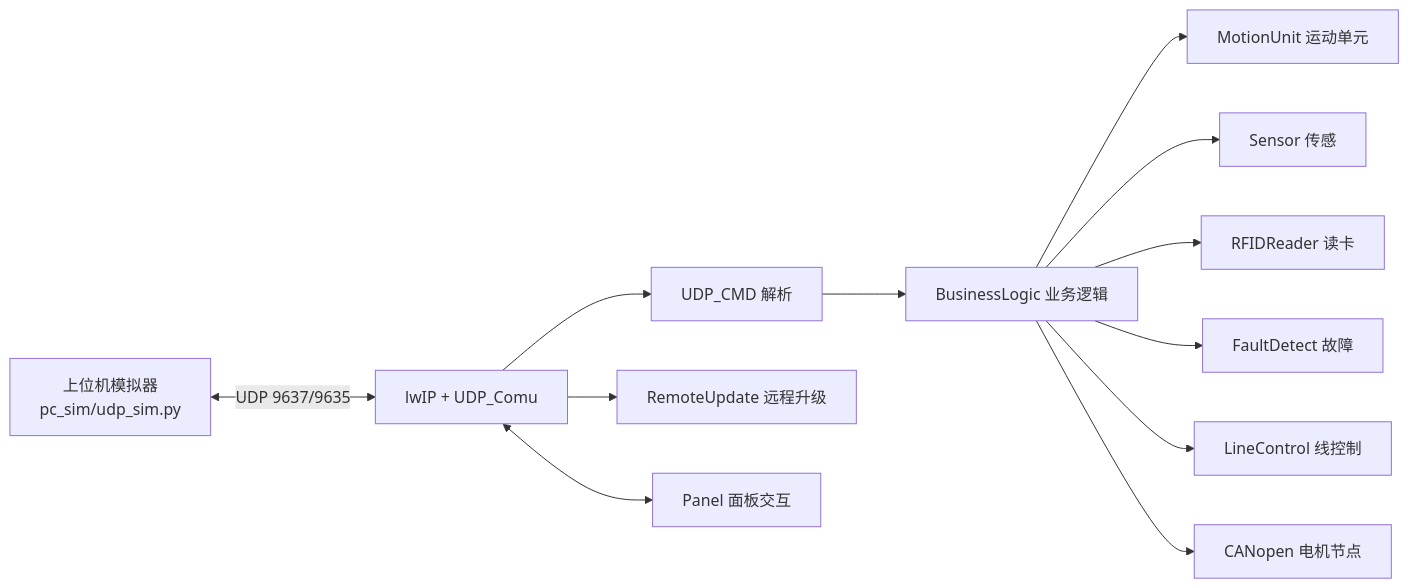
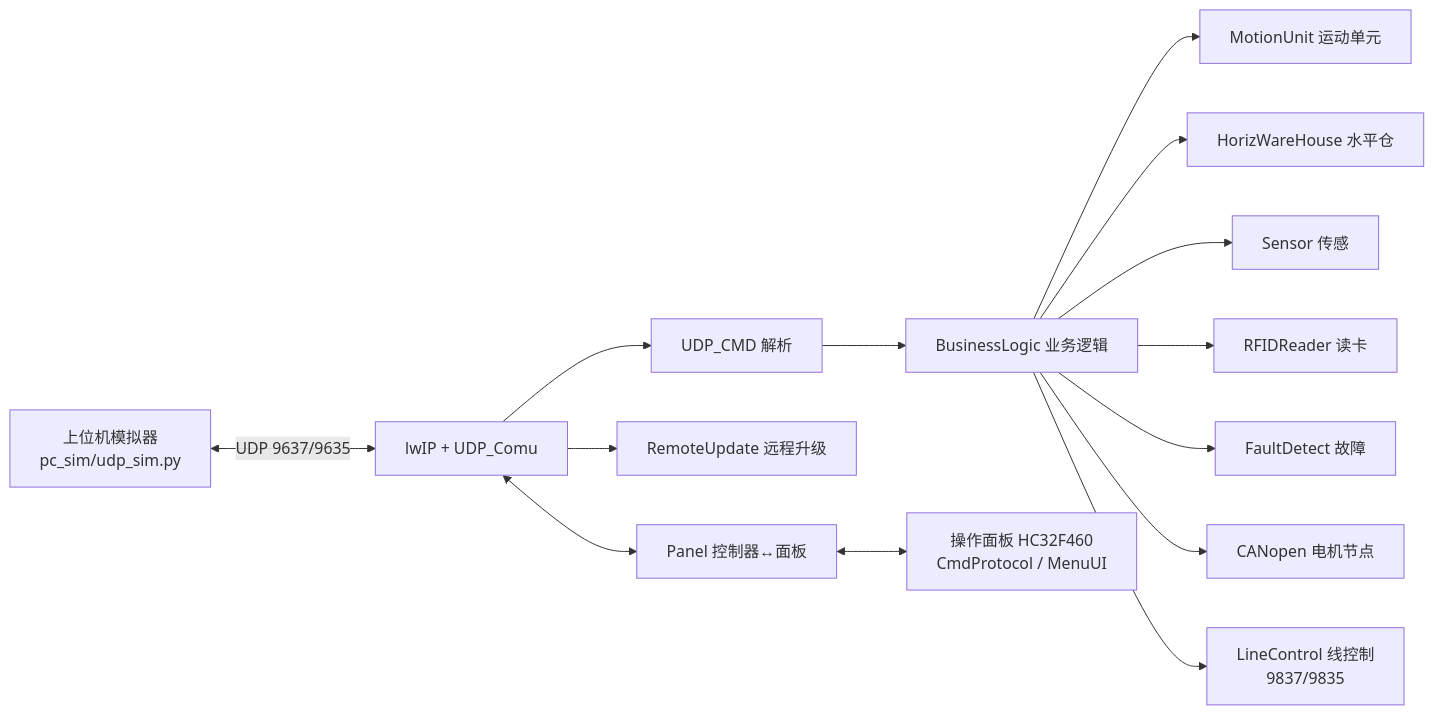
The diagram in 工作/S3吊挂控制器/261029S3维护.md (Siaiai/ObsidianNote), drawn with Mermaid before and after one commit. The commit also changed other lines of this file and 2 other files, not shown here.

````diff
--- a/工作/S3吊挂控制器/261029S3维护.md
+++ b/工作/S3吊挂控制器/261029S3维护.md
@@ -113,14 +116,16 @@
 ```mermaid
 flowchart LR
     PC[上位机模拟器<br/>pc_sim/udp_sim.py] <-->|UDP 9637/9635| NET[lwIP + UDP_Comu]
     NET --> CMD[UDP_CMD 解析]
     CMD --> BL[BusinessLogic 业务逻辑]
     BL --> MU[MotionUnit 运动单元]
+    BL --> WH[HorizWareHouse 水平仓]
     BL --> SEN[Sensor 传感]
     BL --> RFID[RFIDReader 读卡]
     BL --> FD[FaultDetect 故障]
-    BL --> LC[LineControl 线控制]
     BL --> CAN[CANopen 电机节点]
+    BL --> LC[LineControl 线控制<br/>9837/9835]
     NET --> RU[RemoteUpdate 远程升级]
-    NET <--> PANEL[Panel 面板交互]
+    NET <--> PANEL[Panel 控制器↔面板]
+    PANEL <--> OP[操作面板 HC32F460<br/>CmdProtocol / MenuUI]
 ```
````
